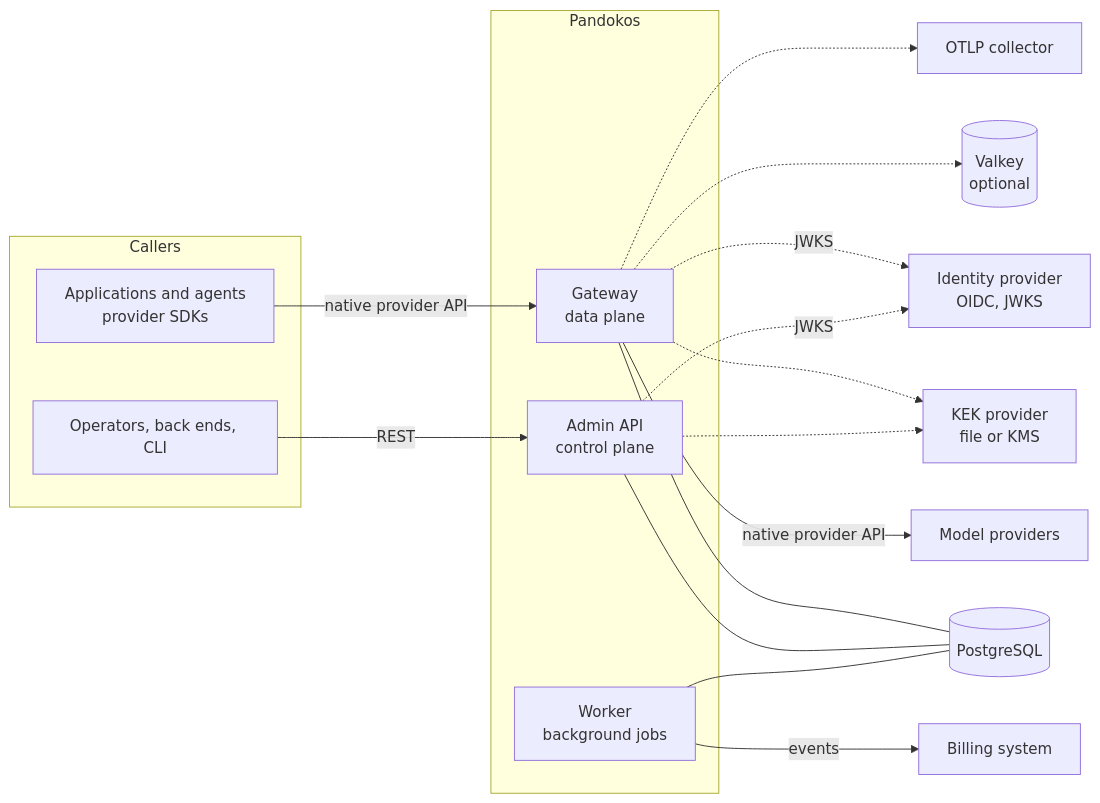
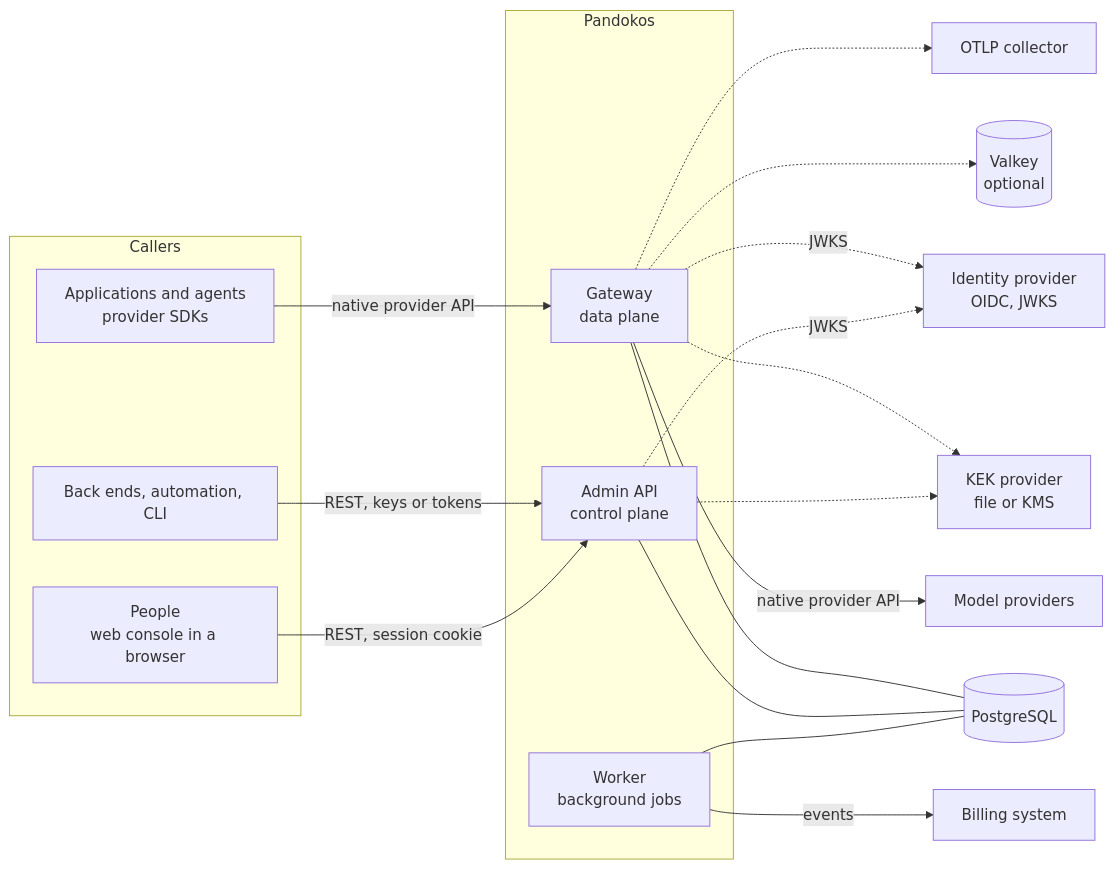
The first of 5 diagrams in docs/architecture/overview.md (pandokos/pandokos), drawn with Mermaid before and after one commit. The commit also changed other lines of this file and 15 other files, not shown here.

First line of the commit message:
docs: add the web console, local accounts and console sessions

````diff
--- a/docs/architecture/overview.md
+++ b/docs/architecture/overview.md
@@ -32,33 +32,35 @@
 ```mermaid
 flowchart LR
     subgraph callers[Callers]
         app[Applications and agents<br/>provider SDKs]
-        ops[Operators, back ends, CLI]
+        ops[Back ends, automation, CLI]
+        ppl[People<br/>web console in a browser]
     end
     subgraph pandokos[Pandokos]
         gw[Gateway<br/>data plane]
         adm[Admin API<br/>control plane]
         wrk[Worker<br/>background jobs]
     end
     idp[Identity provider<br/>OIDC, JWKS]
     prov[Model providers]
     pg[(PostgreSQL)]
     vk[(Valkey<br/>optional)]
     kms[KEK provider<br/>file or KMS]
     otel[OTLP collector]
     bill[Billing system]
 
     app -->|native provider API| gw
-    ops -->|REST| adm
+    ops -->|REST, keys or tokens| adm
+    ppl -->|REST, session cookie| adm
     gw -->|native provider API| prov
     gw --- pg
     adm --- pg
     wrk --- pg
     gw -.-> vk
     gw -.-> kms
     adm -.-> kms
     gw -.->|JWKS| idp
     adm -.->|JWKS| idp
     gw -.-> otel
     wrk -->|events| bill
 ```
````
